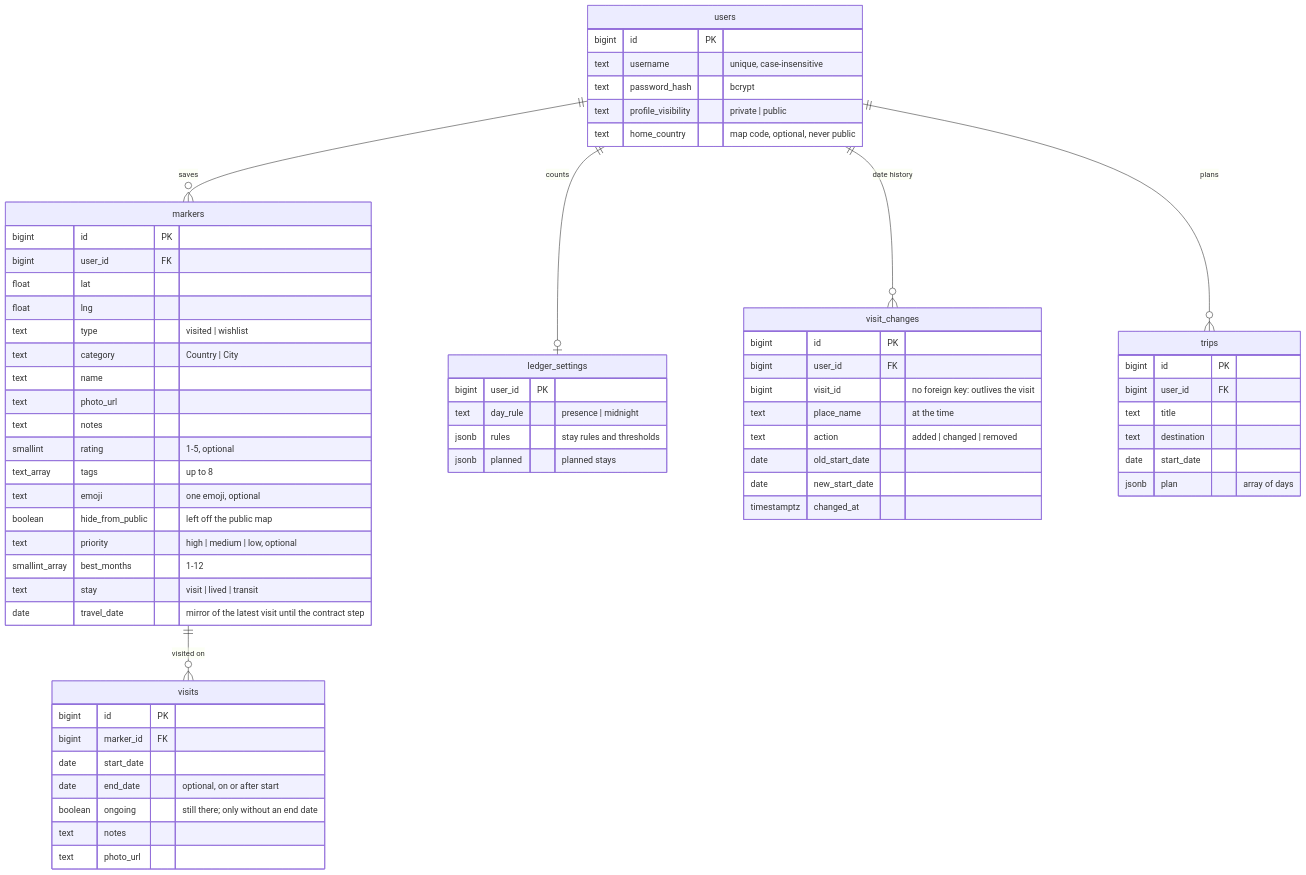
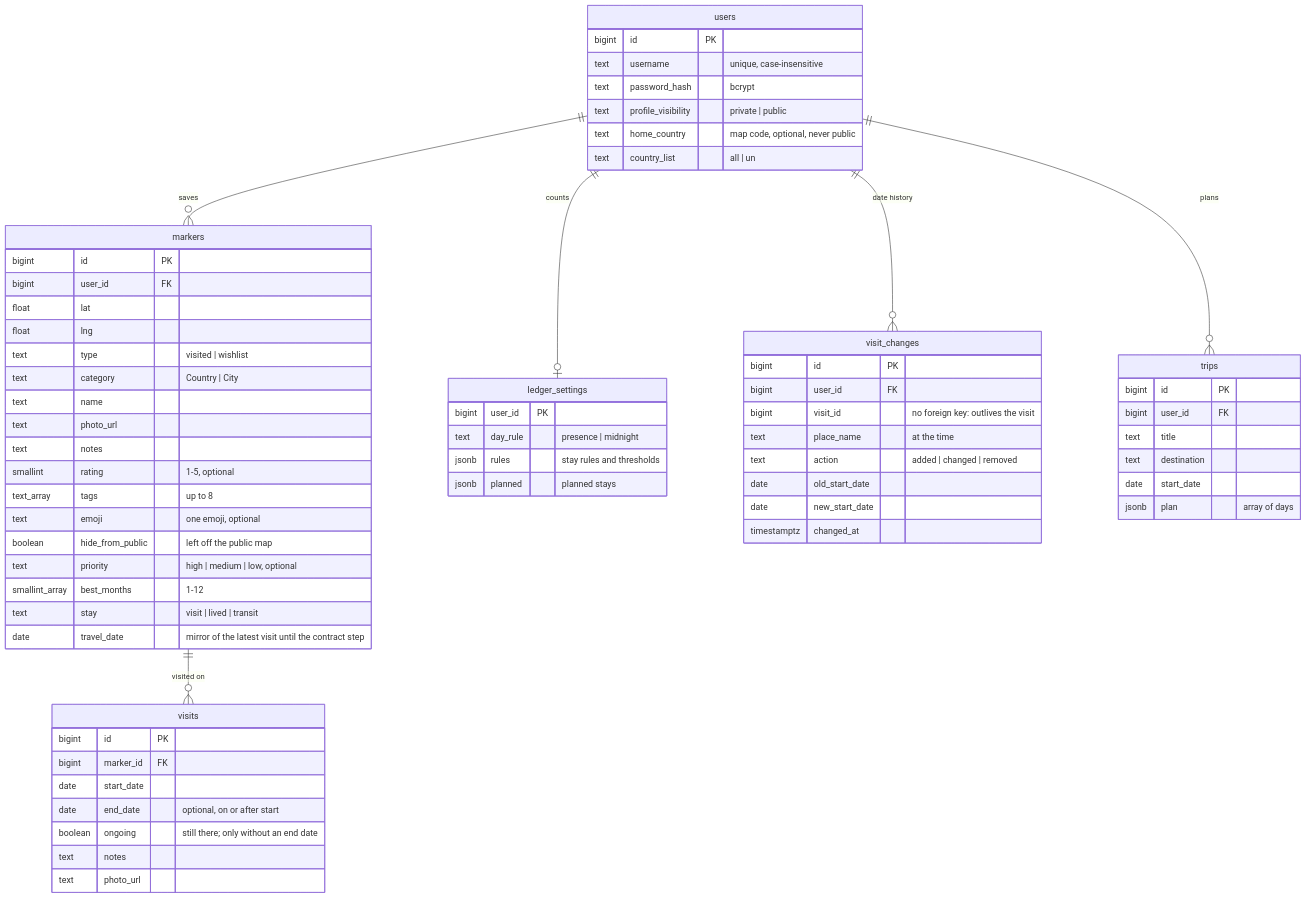
One commit to chefzaid/travelmapster changed the diagram in docs/data-model.md. Above: the diagram before and after it, drawn with Mermaid. The commit also changed other lines of this file and 20 other files, not shown here.

````diff
--- a/docs/data-model.md
+++ b/docs/data-model.md
@@ -8,67 +8,68 @@
 ```mermaid
 erDiagram
     users ||--o{ markers : saves
     markers ||--o{ visits : "visited on"
     users ||--o| ledger_settings : counts
     users ||--o{ visit_changes : "date history"
     users ||--o{ trips : plans
     users {
         bigint id PK
         text username "unique, case-insensitive"
         text password_hash "bcrypt"
         text profile_visibility "private | public"
         text home_country "map code, optional, never public"
+        text country_list "all | un"
     }
     markers {
         bigint id PK
         bigint user_id FK
         float lat
         float lng
         text type "visited | wishlist"
         text category "Country | City"
         text name
         text photo_url
         text notes
         smallint rating "1-5, optional"
         text_array tags "up to 8"
         text emoji "one emoji, optional"
         boolean hide_from_public "left off the public map"
         text priority "high | medium | low, optional"
         smallint_array best_months "1-12"
         text stay "visit | lived | transit"
         date travel_date "mirror of the latest visit until the contract step"
     }
     visits {
         bigint id PK
         bigint marker_id FK
         date start_date
         date end_date "optional, on or after start"
         boolean ongoing "still there; only without an end date"
         text notes
         text photo_url
     }
     ledger_settings {
         bigint user_id PK
         text day_rule "presence | midnight"
         jsonb rules "stay rules and thresholds"
         jsonb planned "planned stays"
     }
     visit_changes {
         bigint id PK
         bigint user_id FK
         bigint visit_id "no foreign key: outlives the visit"
         text place_name "at the time"
         text action "added | changed | removed"
         date old_start_date
         date new_start_date
         timestamptz changed_at
     }
     trips {
         bigint id PK
         bigint user_id FK
         text title
         text destination
         date start_date
         jsonb plan "array of days"
     }
 ```
````
